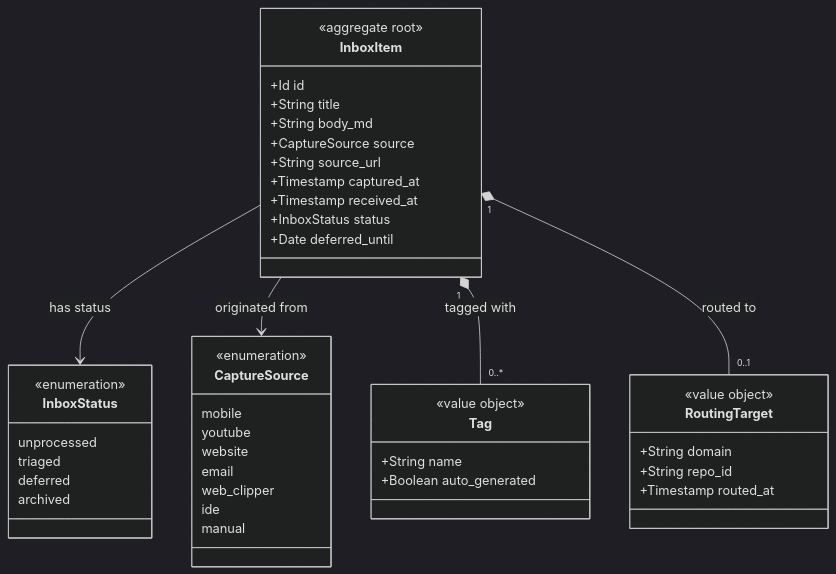
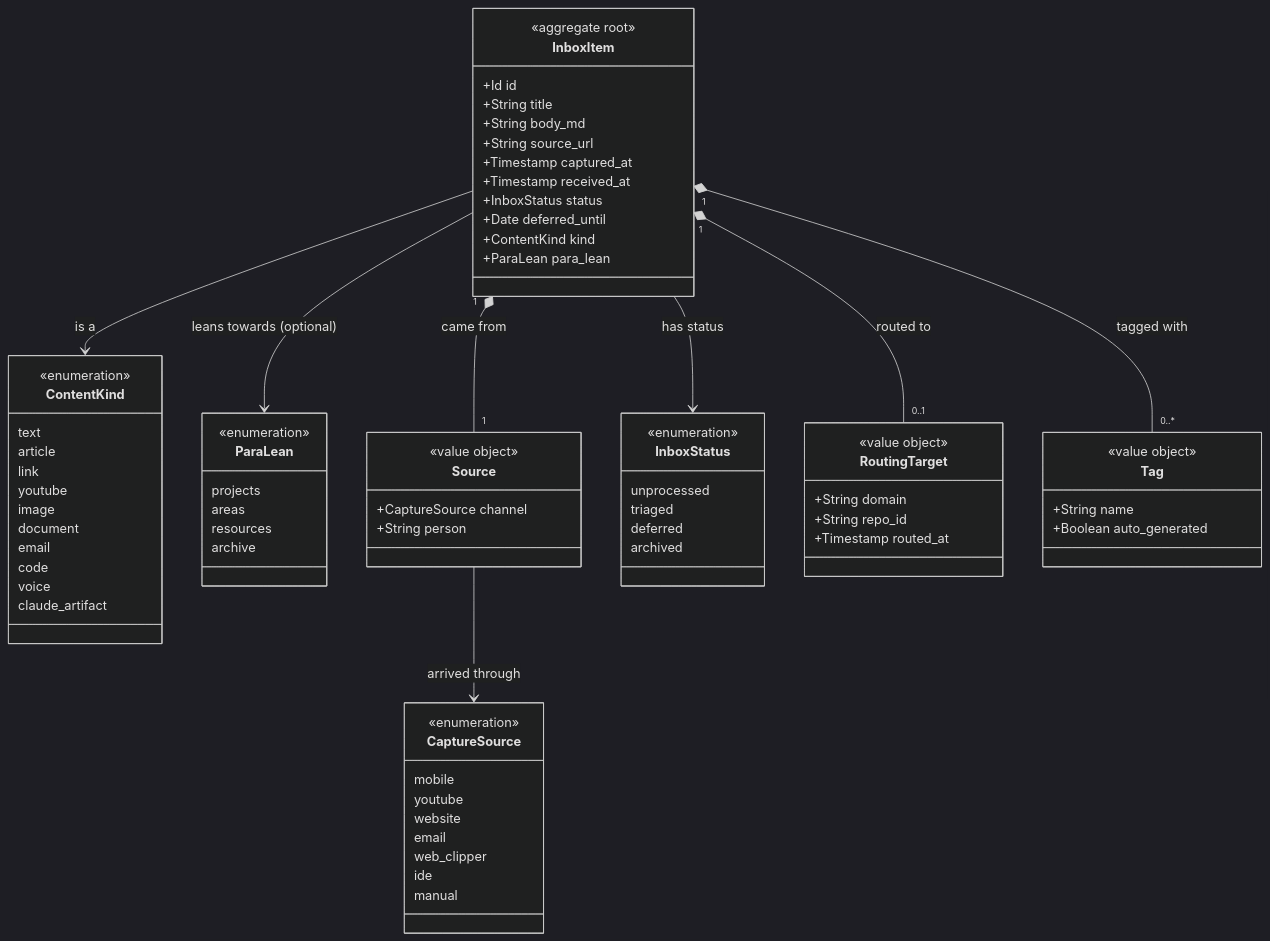
The diagram in .domain/inbox/model.md (JSdotNet/Backlog), drawn with Mermaid (dark theme) before and after one commit. The commit also changed other lines of this file and 5 other files, not shown here.

First line of the commit message:
Inbox domain: content kind, source person, PARA lean

````diff
--- a/.domain/inbox/model.md
+++ b/.domain/inbox/model.md
@@ -15,48 +15,77 @@
 ```mermaid
 classDiagram
     class InboxItem {
         <<aggregate root>>
         +Id id
         +String title
         +String body_md
-        +CaptureSource source
         +String source_url
         +Timestamp captured_at
         +Timestamp received_at
         +InboxStatus status
         +Date deferred_until
+        +ContentKind kind
+        +ParaLean para_lean
+    }
+    class ContentKind {
+        <<enumeration>>
+        text
+        article
+        link
+        youtube
+        image
+        document
+        email
+        code
+        voice
+        claude_artifact
+    }
+    class ParaLean {
+        <<enumeration>>
+        projects
+        areas
+        resources
+        archive
+    }
+    class Source {
+        <<value object>>
+        +CaptureSource channel
+        +String person
     }
     class InboxStatus {
         <<enumeration>>
         unprocessed
         triaged
         deferred
         archived
     }
     class CaptureSource {
         <<enumeration>>
         mobile
         youtube
         website
         email
         web_clipper
         ide
         manual
     }
     class RoutingTarget {
         <<value object>>
         +String domain
         +String repo_id
         +Timestamp routed_at
     }
     class Tag {
         <<value object>>
         +String name
         +Boolean auto_generated
     }
 
     InboxItem --> InboxStatus : has status
-    InboxItem --> CaptureSource : originated from
+    InboxItem --> ContentKind : is a
+    InboxItem --> ParaLean : leans towards (optional)
+    InboxItem "1" *-- "1" Source : came from
+    Source --> CaptureSource : arrived through
     InboxItem "1" *-- "0..*" Tag : tagged with
     InboxItem "1" *-- "0..1" RoutingTarget : routed to
 ```
````
